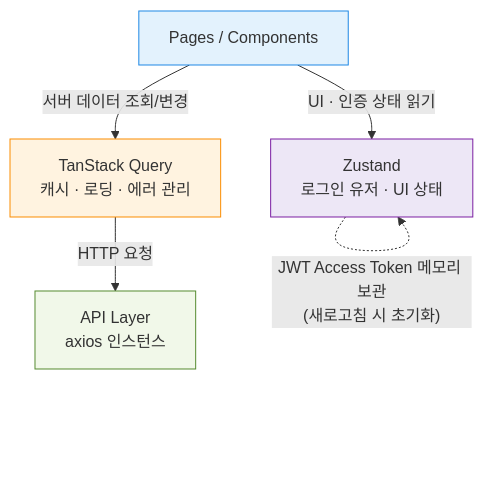
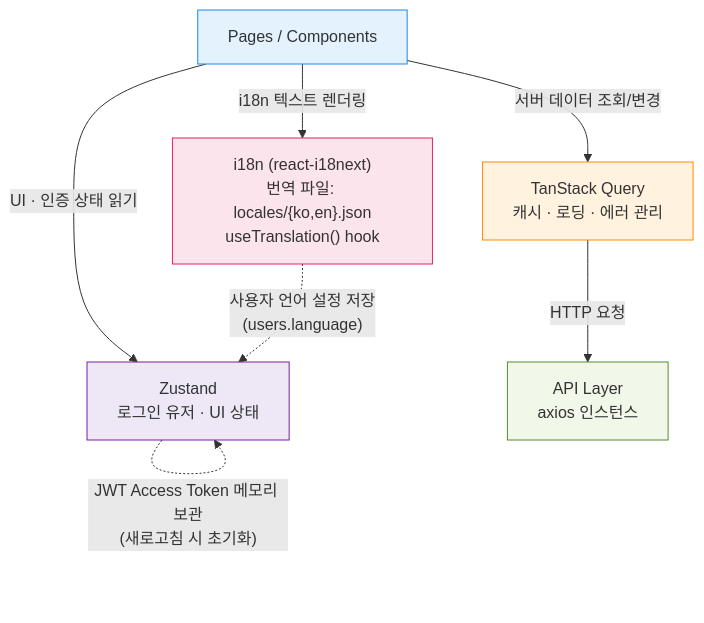
Before and after one commit to oxffkode-hue/todolist-app: the third of 6 diagrams in docs/5-arch-diagram.md, drawn with Mermaid. The commit also changed other lines of this file and 147 other files, not shown here.

````diff
--- a/docs/5-arch-diagram.md
+++ b/docs/5-arch-diagram.md
@@ -59,15 +60,19 @@
 ```mermaid
 graph TD
     P["Pages / Components"]
+    I18N["i18n (react-i18next)\n번역 파일: locales/{ko,en}.json\nuseTranslation() hook"]
 
     P -->|"서버 데이터 조회/변경"| TQ["TanStack Query\n캐시 · 로딩 · 에러 관리"]
     P -->|"UI · 인증 상태 읽기"| ZS["Zustand\n로그인 유저 · UI 상태"]
+    P -->|"i18n 텍스트 렌더링"| I18N
 
     TQ -->|"HTTP 요청"| API["API Layer\naxios 인스턴스"]
     ZS -.->|"JWT Access Token 메모리 보관\n(새로고침 시 초기화)"| ZS
+    I18N -.->|"사용자 언어 설정 저장\n(users.language)"| ZS
 
     style P fill:#E3F2FD,stroke:#1E88E5
     style TQ fill:#FFF3E0,stroke:#FB8C00
     style ZS fill:#EDE7F6,stroke:#7B1FA2
     style API fill:#F1F8E9,stroke:#558B2F
+    style I18N fill:#FCE4EC,stroke:#E91E63
 ```
````
